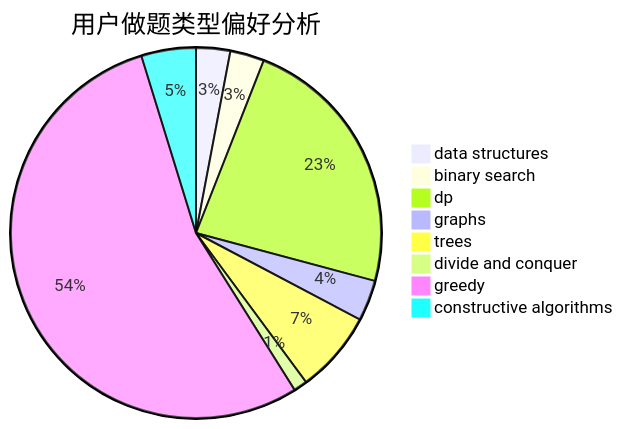
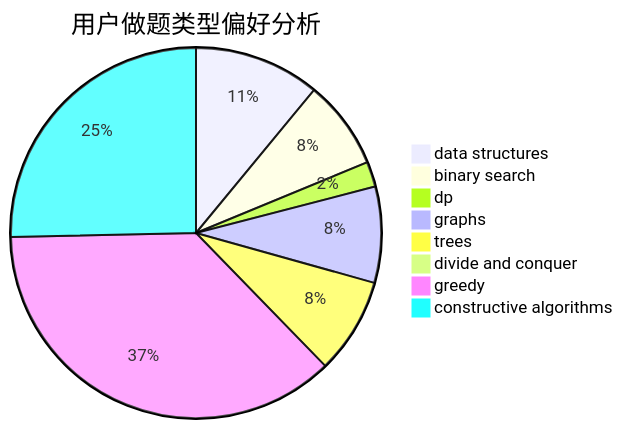
One commit to sherpahu/cfrs.github.io changed the second of 3 diagrams in docs/user/u118.md. Above: the diagram before and after it, drawn with Mermaid. The commit also changed other lines of this file and 2770 other files, not shown here.

````diff
--- a/docs/user/u118.md
+++ b/docs/user/u118.md
@@ -23,11 +23,11 @@
 ```mermaid
 pie title 用户做题类型偏好分析
-    "data structures" :  5
-    "binary search" :  5
-    "dp" :  39
-    "graphs" :  6
-    "trees" :  12
-    "divide and conquer" :  2
-    "greedy" :  91
-    "constructive algorithms" :  8
+    "data structures" :  55
+    "binary search" :  39
+    "dp" :  11
+    "graphs" :  42
+    "trees" :  42
+    "divide and conquer" :  0
+    "greedy" :  185
+    "constructive algorithms" :  127
 ```
````
